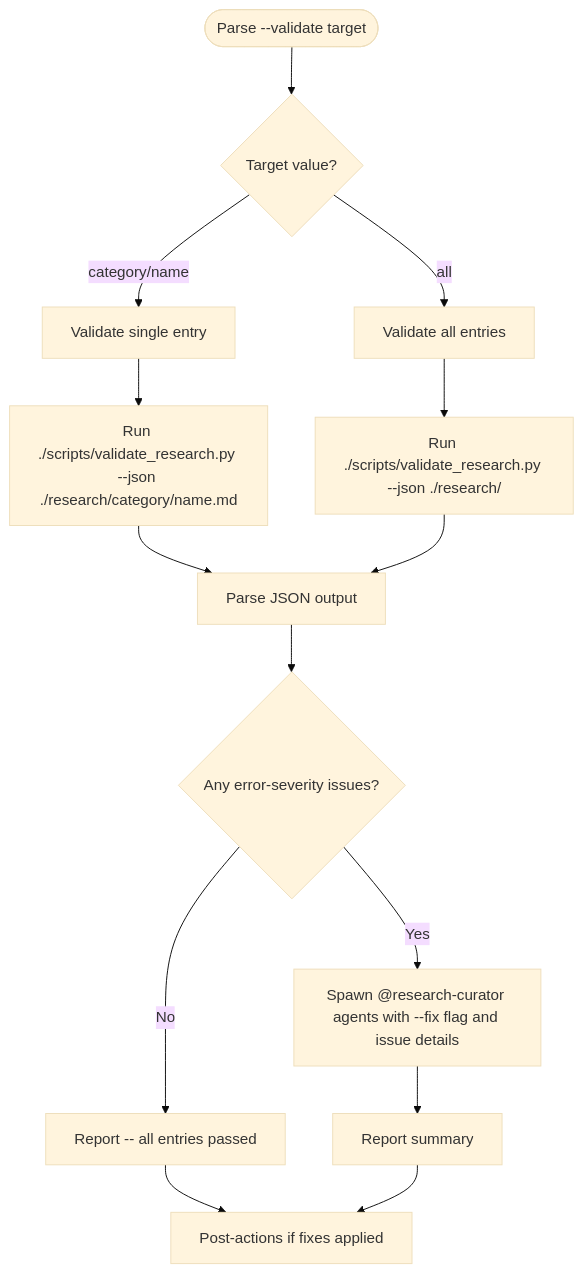
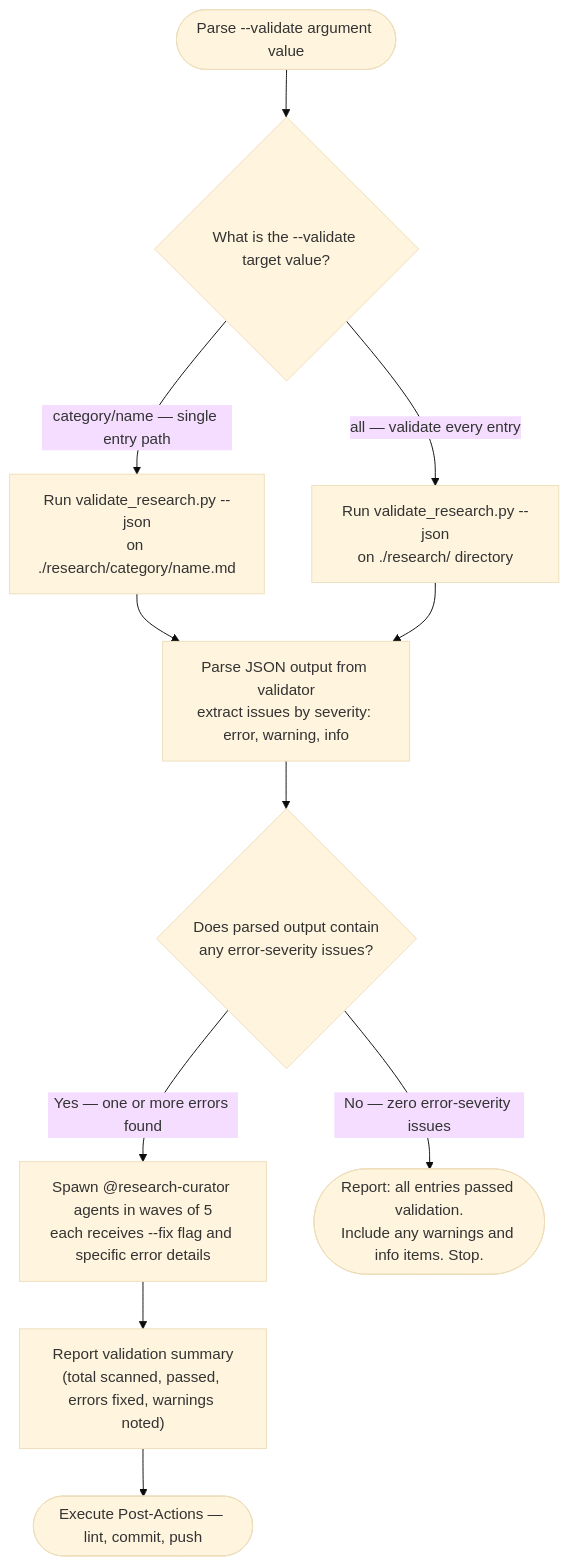
Before and after one commit to chgreer1070/claude_skills: the fourth of 4 diagrams in .claude/skills/research-curator/SKILL.md, drawn with Mermaid (base theme). The commit also changed other lines of this file and 1 other file, not shown here.

Commit message:
docs(research-curator): update skill documentation and batch-mode reference

````diff
--- a/.claude/skills/research-curator/SKILL.md
+++ b/.claude/skills/research-curator/SKILL.md
@@ -195,16 +216,13 @@
 ```mermaid
 flowchart TD
-    Start([Parse --validate target]) --> Q{Target value?}
-    Q -->|category/name| Single[Validate single entry]
-    Q -->|all| All[Validate all entries]
-    Single --> RunScript["Run ./scripts/validate_research.py --json ./research/category/name.md"]
-    All --> RunScriptAll["Run ./scripts/validate_research.py --json ./research/"]
-    RunScript --> ParseJSON[Parse JSON output]
+    Start(["Parse --validate argument value"]) --> Q{"What is the --validate target value?"}
+    Q -->|"category/name — single entry path"| RunScript["Run validate_research.py --json<br>on ./research/category/name.md"]
+    Q -->|"all — validate every entry"| RunScriptAll["Run validate_research.py --json<br>on ./research/ directory"]
+    RunScript --> ParseJSON["Parse JSON output from validator<br>extract issues by severity: error, warning, info"]
     RunScriptAll --> ParseJSON
-    ParseJSON --> HasErrors{Any error-severity issues?}
-    HasErrors -->|Yes| SpawnFix[Spawn @research-curator agents with --fix flag and issue details]
-    HasErrors -->|No| ReportClean[Report -- all entries passed]
-    SpawnFix --> ReportSummary[Report summary]
-    ReportClean --> PostActions[Post-actions if fixes applied]
-    ReportSummary --> PostActions
+    ParseJSON --> HasErrors{"Does parsed output contain<br>any error-severity issues?"}
+    HasErrors -->|"Yes — one or more errors found"| SpawnFix["Spawn @research-curator agents in waves of 5<br>each receives --fix flag and specific error details"]
+    HasErrors -->|"No — zero error-severity issues"| ReportClean(["Report: all entries passed validation.<br>Include any warnings and info items. Stop."])
+    SpawnFix --> ReportSummary["Report validation summary<br>(total scanned, passed, errors fixed, warnings noted)"]
+    ReportSummary --> PostActions(["Execute Post-Actions — lint, commit, push"])
 ```
````
